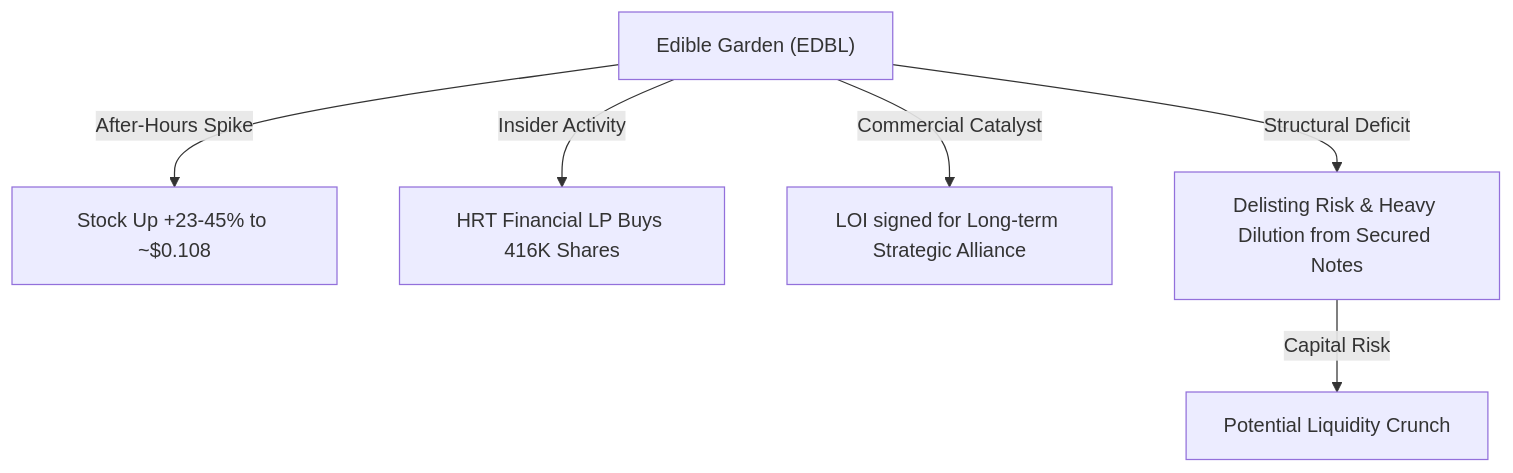
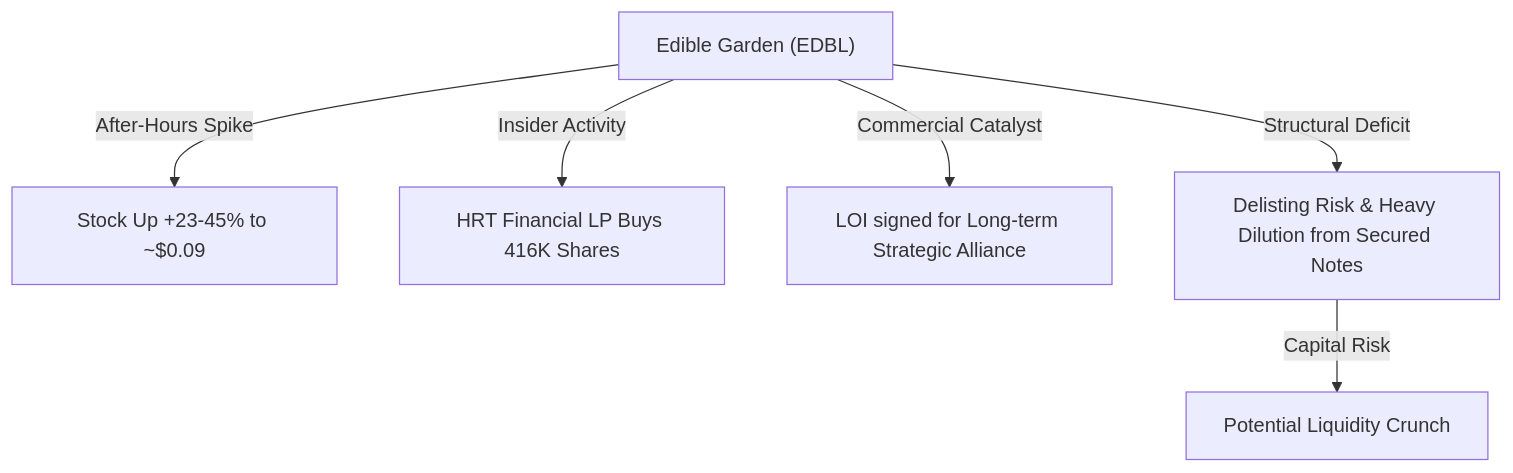
One commit to sepnewtrade-report/sepkhawgontrade-reports changed the third of 5 diagrams in small_cap_research_2026_07_08.md. Above: the diagram before and after it, drawn with Mermaid. The commit also changed 10 other files, not shown here.

````diff
--- a/small_cap_research_2026_07_08.md
+++ b/small_cap_research_2026_07_08.md
@@ -140,8 +140,8 @@
 ```mermaid
 graph TD
-    A["Edible Garden (EDBL)"] -->|After-Hours Spike| B["Stock Up +23-45% to ~$0.108"]
+    A["Edible Garden (EDBL)"] -->|After-Hours Spike| B["Stock Up +23-45% to ~$0.09"]
     A -->|Insider Activity| C["HRT Financial LP Buys 416K Shares"]
     A -->|Commercial Catalyst| D["LOI signed for Long-term Strategic Alliance"]
     A -->|Structural Deficit| E["Delisting Risk & Heavy Dilution from Secured Notes"]
     E -->|Capital Risk| F["Potential Liquidity Crunch"]
 ```
````
